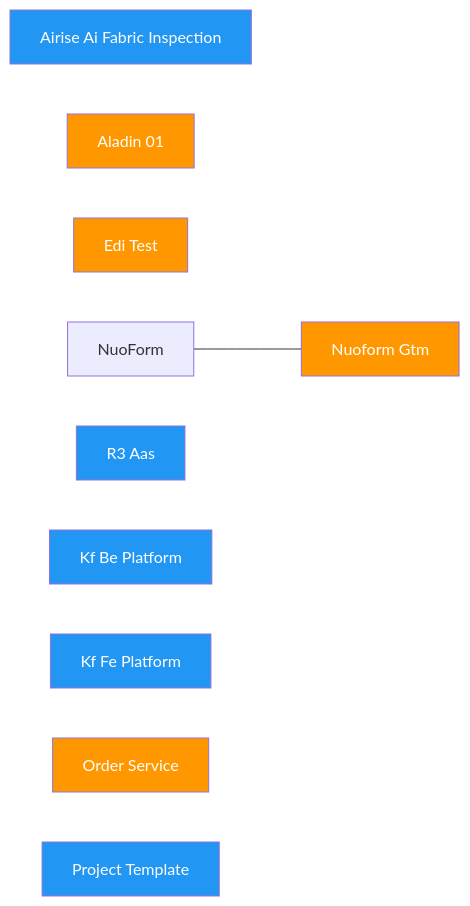
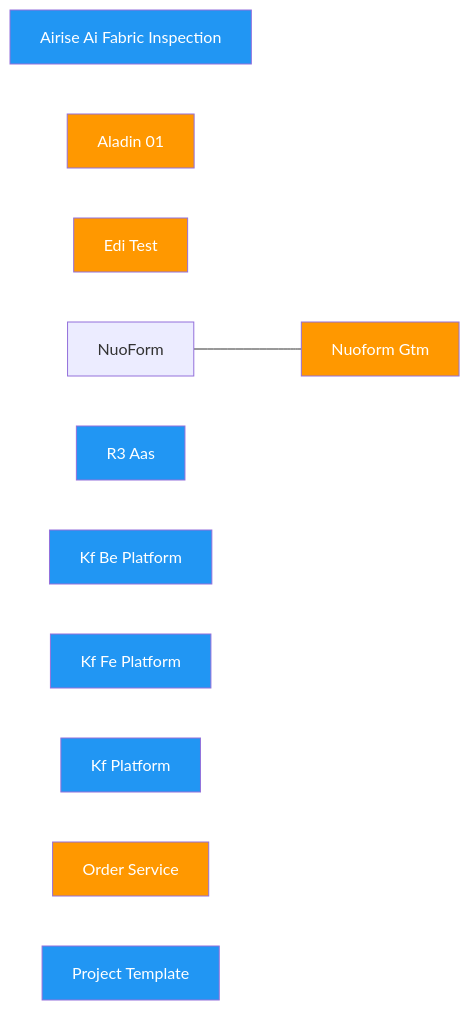
Before and after one commit to Katty-Fashion/kf-cpto: the diagram in docs/dependency-graph.md, drawn with Mermaid. The commit also changed other lines of this file and 13 other files, not shown here.

````diff
--- a/docs/dependency-graph.md
+++ b/docs/dependency-graph.md
@@ -10,16 +10,17 @@
 ```mermaid
 graph LR
     AIRise-ai-fabric-inspection[Airise Ai Fabric Inspection]:::eu
     Aladin-01[Aladin 01]:::internal
     Edi-test[Edi Test]:::internal
     NuoForm---GTM[Nuoform   Gtm]:::internal
     R3-AAS[R3 Aas]:::eu
     kf-be-platform[Kf Be Platform]:::eu
     kf-fe-platform[Kf Fe Platform]:::eu
+    kf-platform[Kf Platform]:::eu
     order-service[Order Service]:::internal
     project-template[Project Template]:::eu
 
     classDef saas fill:#4CAF50,color:#fff
     classDef eu fill:#2196F3,color:#fff
     classDef internal fill:#FF9800,color:#fff
 ```
````
